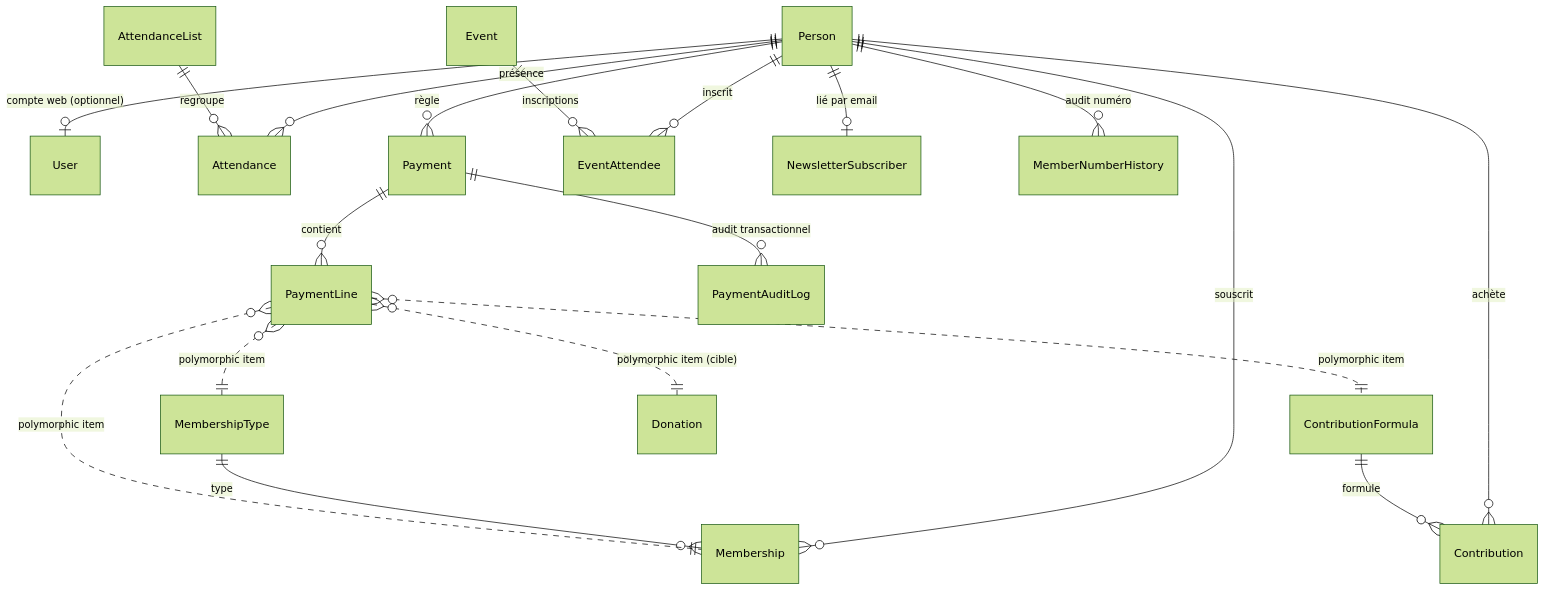
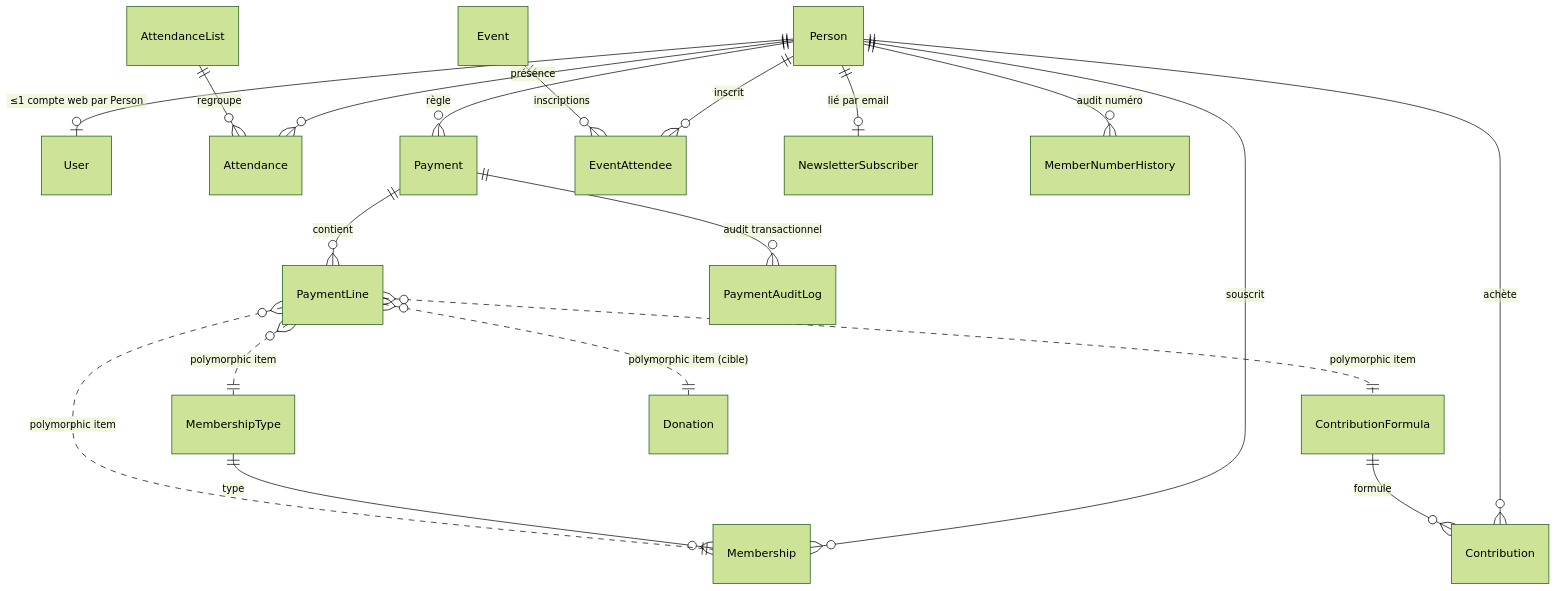
The first of 5 diagrams in docs/domain_model.md (LeCircographe-asso/core), drawn with Mermaid (forest theme) before and after one commit. The commit also changed other lines of this file and 10 other files, not shown here.

````diff
--- a/docs/domain_model.md
+++ b/docs/domain_model.md
@@ -15,24 +15,24 @@
 ```mermaid
 erDiagram
-  Person ||--o| User : "compte web (optionnel)"
+  Person ||--o| User : "≤1 compte web par Person"
   Person ||--o{ Membership : "souscrit"
   Person ||--o{ Contribution : "achète"
   Person ||--o{ Attendance : "présence"
   Person ||--o{ Payment : "règle"
   Person ||--o{ EventAttendee : "inscrit"
   Person ||--o| NewsletterSubscriber : "lié par email"
 
   MembershipType ||--o{ Membership : "type"
   ContributionFormula ||--o{ Contribution : "formule"
   Event ||--o{ EventAttendee : "inscriptions"
   AttendanceList ||--o{ Attendance : "regroupe"
 
   Payment ||--o{ PaymentLine : "contient"
   PaymentLine }o..|| Membership : "polymorphic item"
   PaymentLine }o..|| ContributionFormula : "polymorphic item"
   PaymentLine }o..|| MembershipType : "polymorphic item"
   PaymentLine }o..|| Donation : "polymorphic item (cible)"
 
   Person ||--o{ MemberNumberHistory : "audit numéro"
   Payment ||--o{ PaymentAuditLog : "audit transactionnel"
 ```
````
